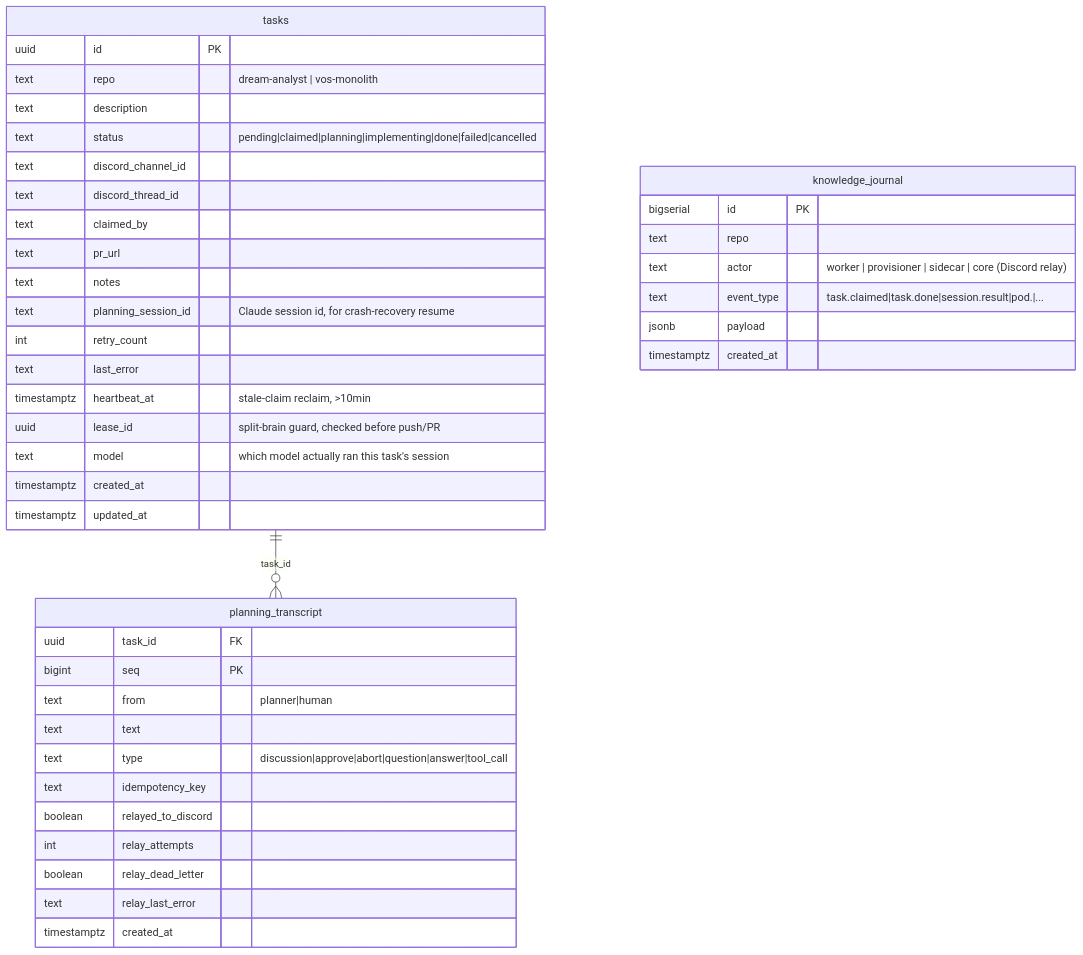
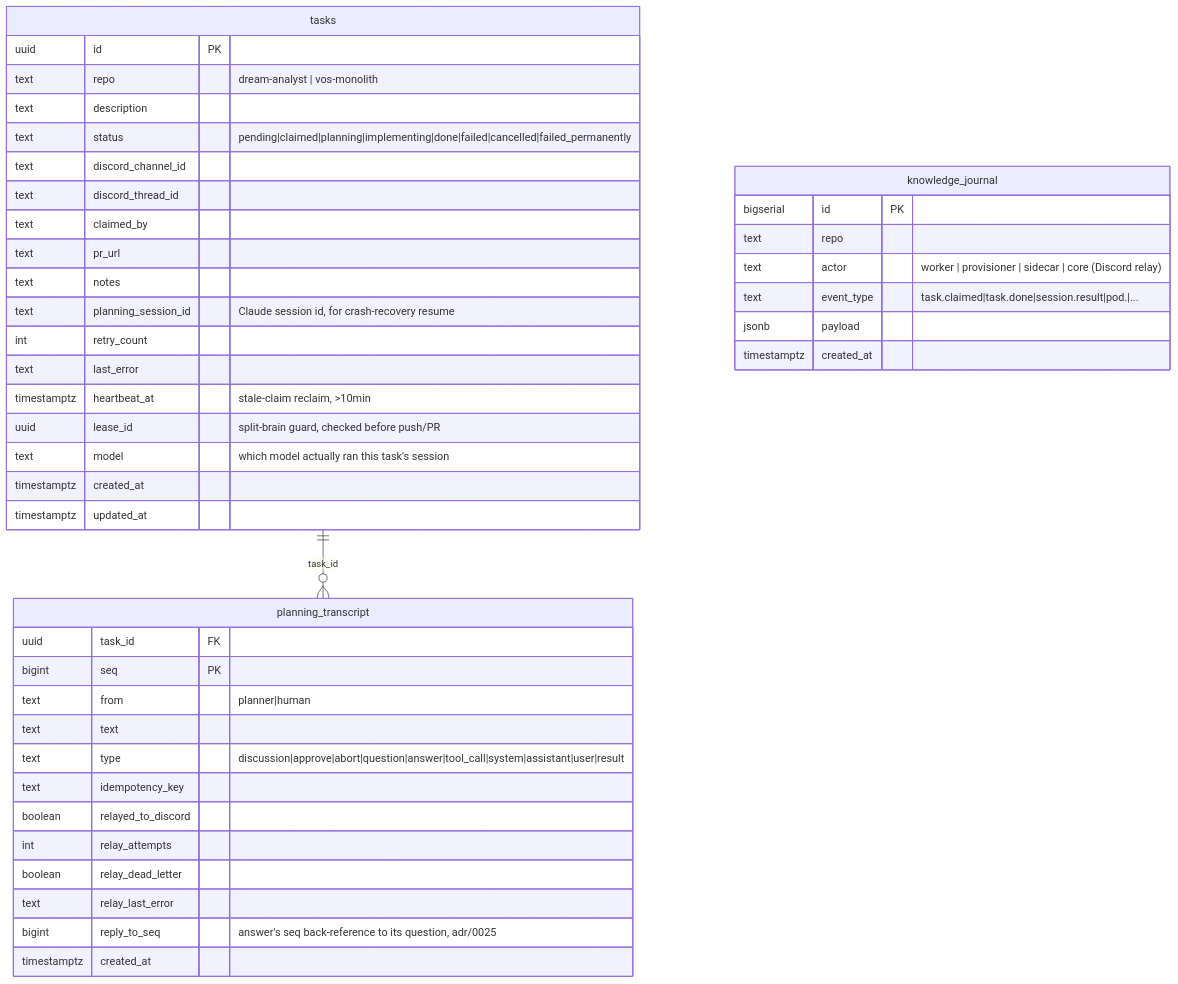
The second of 2 diagrams in docs/ARCHITECTURE.md (MohammadBnei/agent-fleet), drawn with Mermaid before and after one commit. The commit also changed other lines of this file and 5 other files, not shown here.

First line of the commit message:
docs: add ADR-0022–0025, update ARCHITECTURE.md for reliability backlog

````diff
--- a/docs/ARCHITECTURE.md
+++ b/docs/ARCHITECTURE.md
@@ -301,44 +361,45 @@
 ```mermaid
 erDiagram
     tasks {
         uuid id PK
         text repo "dream-analyst | vos-monolith"
         text description
-        text status "pending|claimed|planning|implementing|done|failed|cancelled"
+        text status "pending|claimed|planning|implementing|done|failed|cancelled|failed_permanently"
         text discord_channel_id
         text discord_thread_id
         text claimed_by
         text pr_url
         text notes
         text planning_session_id "Claude session id, for crash-recovery resume"
         int retry_count
         text last_error
         timestamptz heartbeat_at "stale-claim reclaim, >10min"
         uuid lease_id "split-brain guard, checked before push/PR"
         text model "which model actually ran this task's session"
         timestamptz created_at
         timestamptz updated_at
     }
     knowledge_journal {
         bigserial id PK
         text repo
         text actor "worker | provisioner | sidecar | core (Discord relay)"
         text event_type "task.claimed|task.done|session.result|pod.<phase>|..."
         jsonb payload
         timestamptz created_at
     }
     planning_transcript {
         uuid task_id FK
         bigint seq PK
         text from "planner|human"
         text text
-        text type "discussion|approve|abort|question|answer|tool_call"
+        text type "discussion|approve|abort|question|answer|tool_call|system|assistant|user|result"
         text idempotency_key
         boolean relayed_to_discord
         int relay_attempts
         boolean relay_dead_letter
         text relay_last_error
+        bigint reply_to_seq "answer's seq back-reference to its question, adr/0025"
         timestamptz created_at
     }
     tasks ||--o{ planning_transcript : "task_id"
 ```
````
